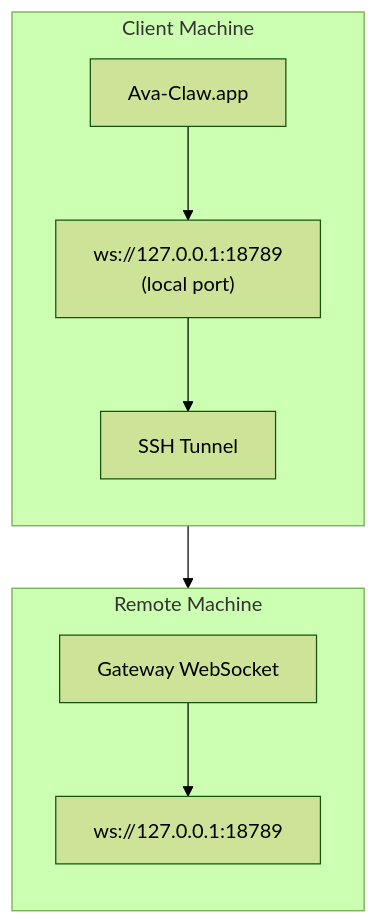
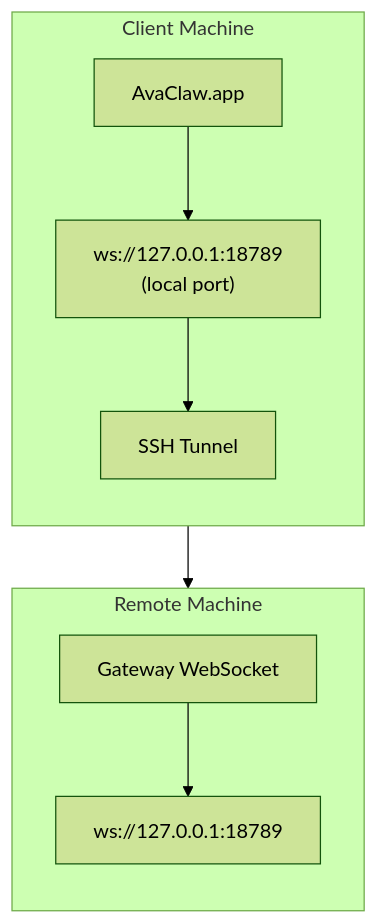
Before and after one commit to avadisabelle/ava-claw: the diagram in docs/gateway/remote-gateway-readme.md, drawn with Mermaid (forest theme). The commit also changed other lines of this file and 675 other files, not shown here.

First line of the commit message:
Rebrand: binary and internals from ava-claw to avaclaw

````diff
--- a/docs/gateway/remote-gateway-readme.md
+++ b/docs/gateway/remote-gateway-readme.md
@@ -13,20 +13,20 @@
 ```mermaid
 flowchart TB
     subgraph Client["Client Machine"]
         direction TB
-        A["Ava-Claw.app"]
+        A["AvaClaw.app"]
         B["ws://127.0.0.1:18789\n(local port)"]
         T["SSH Tunnel"]
 
         A --> B
         B --> T
     end
     subgraph Remote["Remote Machine"]
         direction TB
         C["Gateway WebSocket"]
         D["ws://127.0.0.1:18789"]
 
         C --> D
     end
     T --> C
 ```
````
